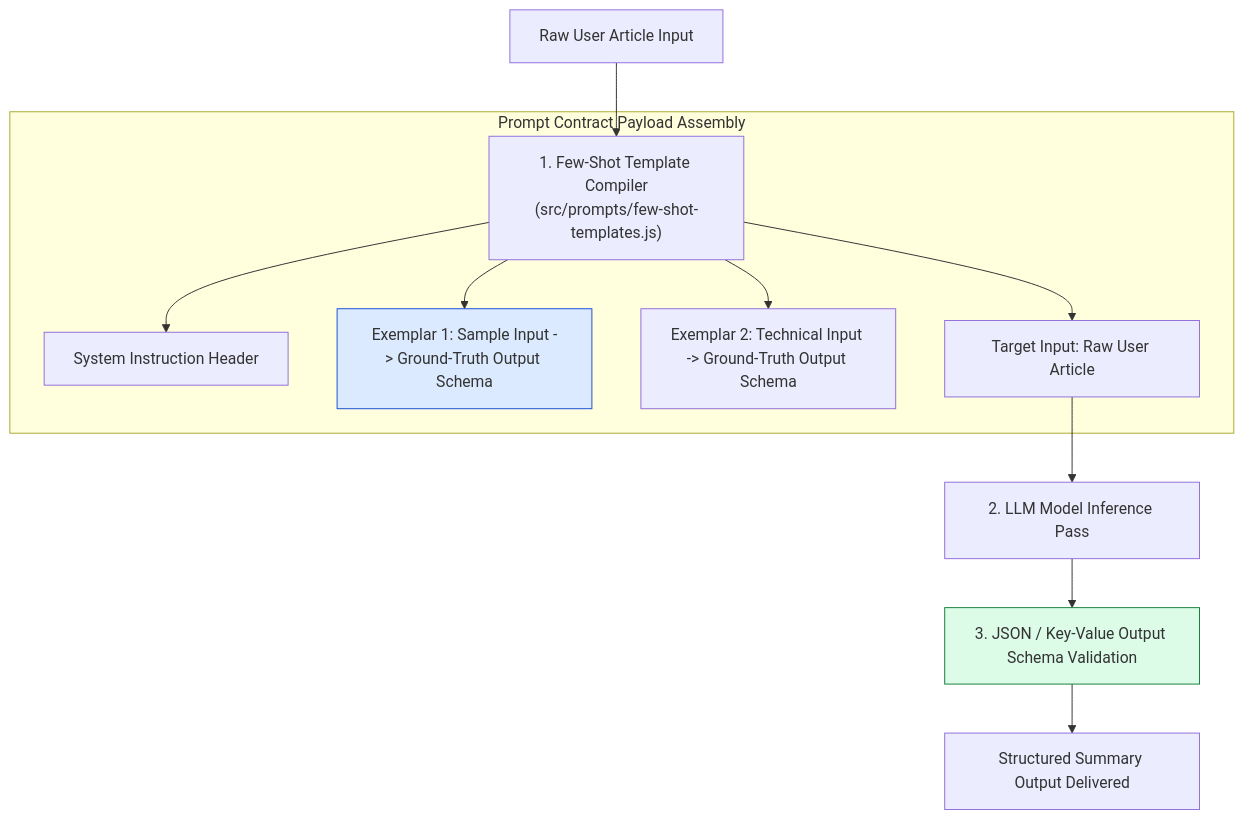
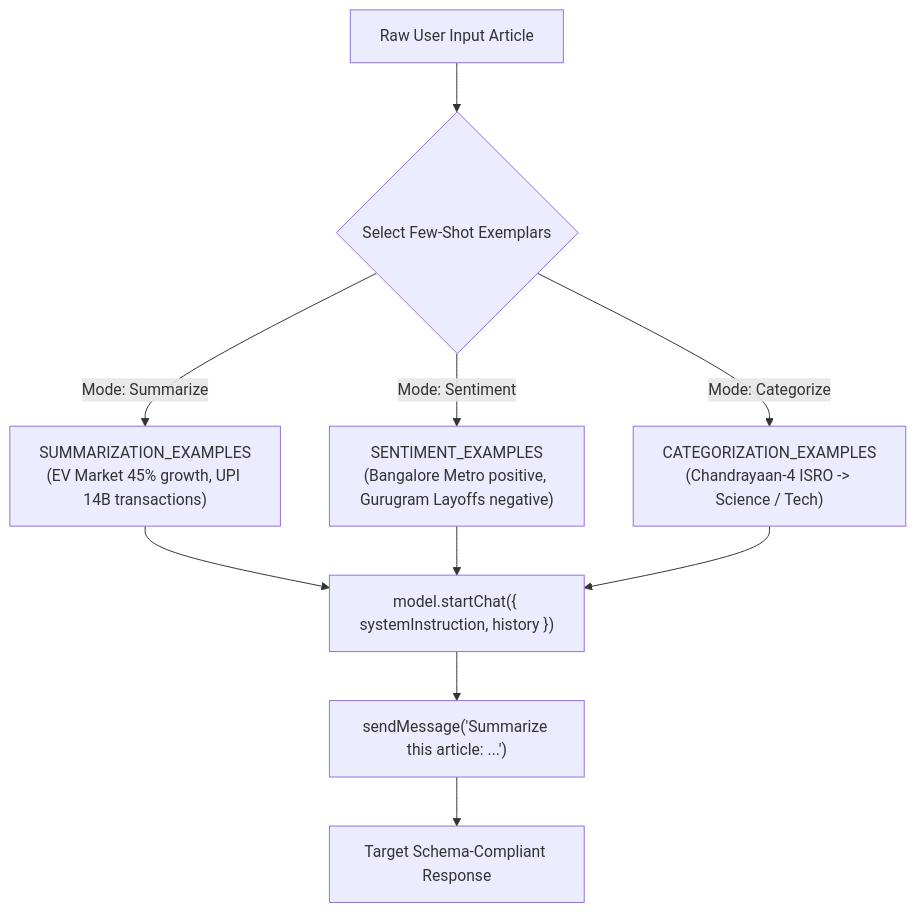
One commit to Amie-dev/engineering-playbook changed the first of 2 diagrams in agentic-ai-notes/01-chai-summarizer/02-few-shot-templates.md. Above: the diagram before and after it, drawn with Mermaid. The commit also changed other lines of this file and 27 other files, not shown here.

````diff
--- a/agentic-ai-notes/01-chai-summarizer/02-few-shot-templates.md
+++ b/agentic-ai-notes/01-chai-summarizer/02-few-shot-templates.md
@@ -13,20 +9,15 @@
 ```mermaid
 flowchart TD
-    RawInput[Raw User Article Input] --> TemplateCompiler["1. Few-Shot Template Compiler<br/>(src/prompts/few-shot-templates.js)"]
+    RawInput[Raw User Input Article] --> RouteHandler{"Select Few-Shot Exemplars"}
+    
+    RouteHandler -->|Mode: Summarize| SumEx["SUMMARIZATION_EXAMPLES<br/>(EV Market 45% growth, UPI 14B transactions)"]
+    RouteHandler -->|Mode: Sentiment| SentEx["SENTIMENT_EXAMPLES<br/>(Bangalore Metro positive, Gurugram Layoffs negative)"]
+    RouteHandler -->|Mode: Categorize| CatEx["CATEGORIZATION_EXAMPLES<br/>(Chandrayaan-4 ISRO -> Science / Tech)"]
 
-    subgraph Prompt Contract Payload Assembly
-        TemplateCompiler --> SystemRole["System Instruction Header"]
-        TemplateCompiler --> Exemplar1["Exemplar 1: Sample Input -> Ground-Truth Output Schema"]
-        TemplateCompiler --> Exemplar2["Exemplar 2: Technical Input -> Ground-Truth Output Schema"]
-        TemplateCompiler --> TargetInput["Target Input: Raw User Article"]
-    end
+    SumEx --> GeminiChat["model.startChat({ systemInstruction, history })"]
+    SentEx --> GeminiChat
+    CatEx --> GeminiChat
 
-    TargetInput --> LLMInference["2. LLM Model Inference Pass"]
-
-    LLMInference --> SchemaValidator["3. JSON / Key-Value Output Schema Validation"]
-
-    SchemaValidator --> CleanResponse[Structured Summary Output Delivered]
-
-    style Exemplar1 fill:#dbeafe,stroke:#1d4ed8
-    style SchemaValidator fill:#dcfce7,stroke:#15803d
+    GeminiChat --> TargetMsg["sendMessage('Summarize this article: ...')"]
+    TargetMsg --> CompliantOutput["Target Schema-Compliant Response"]
 ```
````
